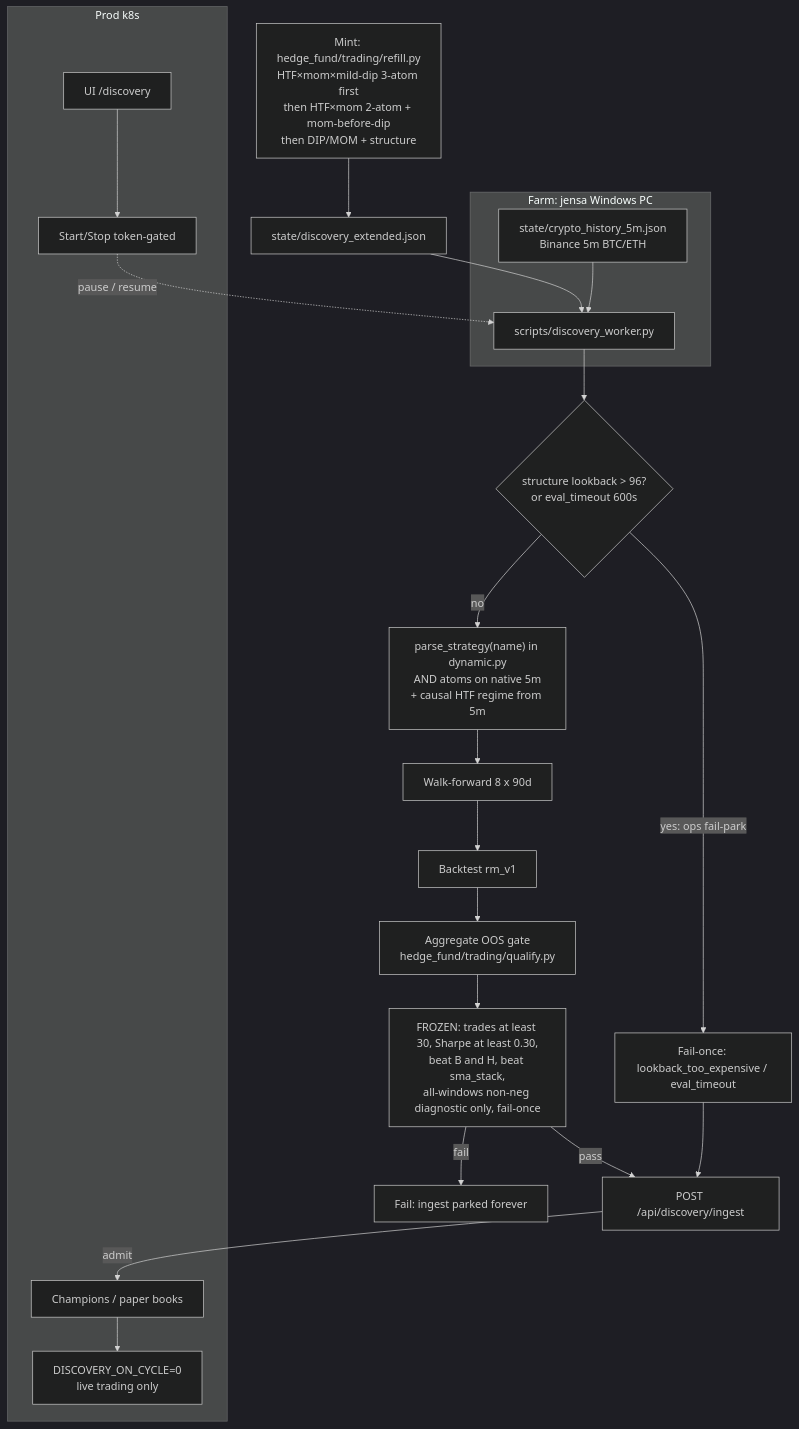
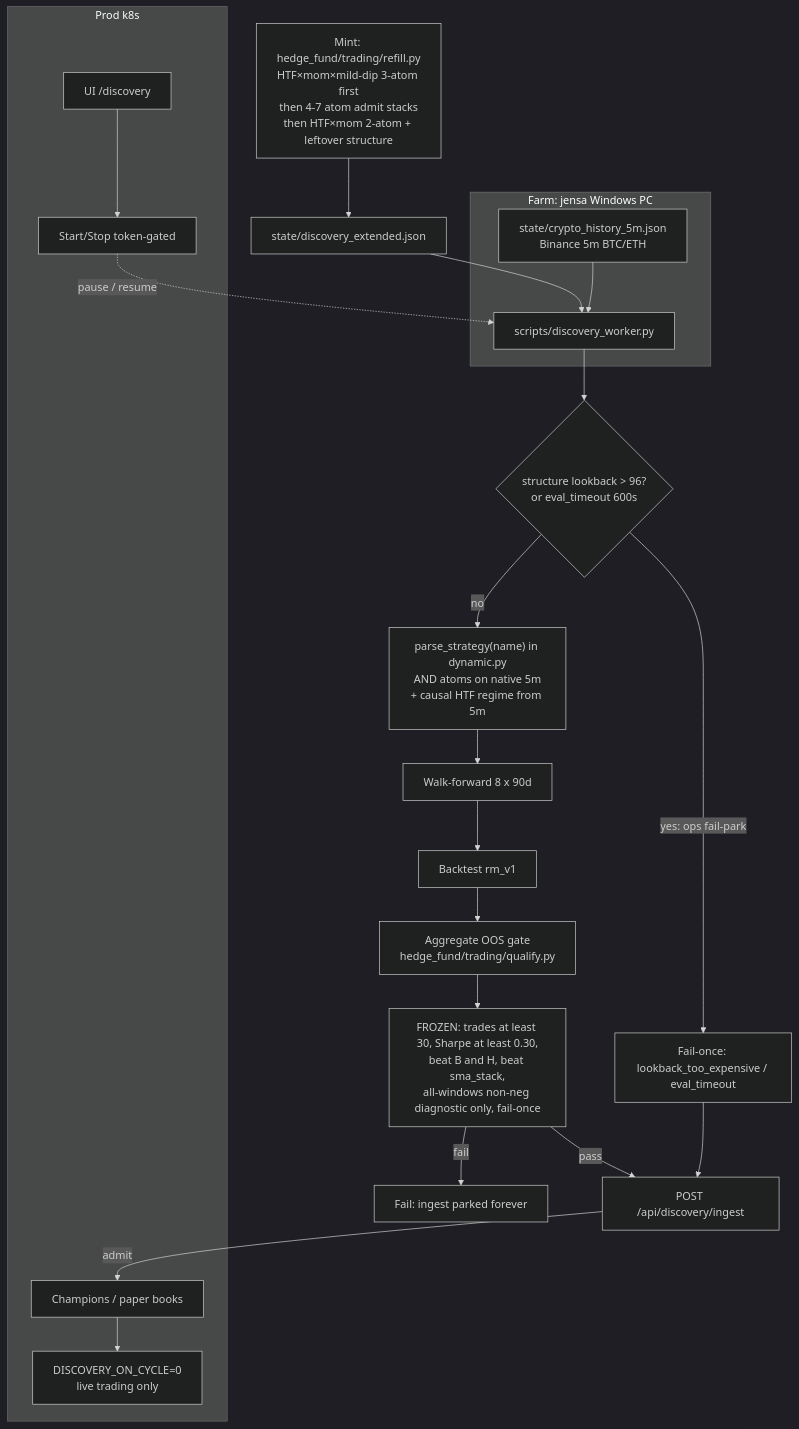
Before and after one commit to Runemark7/paper-trading-bot: the first of 3 diagrams in docs/WORKFLOW.md, drawn with Mermaid (dark theme). The commit also changed other lines of this file and 7 other files, not shown here.

First line of the commit message:
feat(discovery): mint 4-7 atom admit stacks (#60)

````diff
--- a/docs/WORKFLOW.md
+++ b/docs/WORKFLOW.md
@@ -50,42 +50,42 @@
 ```mermaid
 flowchart TB
-  recipe["Mint: hedge_fund/trading/refill.py\nHTF×mom×mild-dip 3-atom first\nthen HTF×mom 2-atom + mom-before-dip\nthen DIP/MOM + structure"]
+  recipe["Mint: hedge_fund/trading/refill.py\nHTF×mom×mild-dip 3-atom first\nthen 4-7 atom admit stacks\nthen HTF×mom 2-atom + leftover structure"]
   ext["state/discovery_extended.json"]
   recipe --> ext
 
   subgraph farm [Farm: jensa Windows PC]
     worker["scripts/discovery_worker.py"]
     hist["state/crypto_history_5m.json\nBinance 5m BTC/ETH"]
   end
   ext --> worker
   hist --> worker
 
   guard{"structure lookback > 96?\nor eval_timeout 600s"}
   parse["parse_strategy(name) in dynamic.py\nAND atoms on native 5m\n+ causal HTF regime from 5m"]
   wf["Walk-forward 8 x 90d"]
   bt["Backtest rm_v1"]
   gate["Aggregate OOS gate\nhedge_fund/trading/qualify.py"]
   worker --> guard
   guard -->|"yes: ops fail-park"| parkOps["Fail-once: lookback_too_expensive / eval_timeout"]
   guard -->|no| parse --> wf --> bt --> gate
 
   frozen["FROZEN: trades at least 30, Sharpe at least 0.30,\nbeat B and H, beat sma_stack,\nall-windows non-neg diagnostic only, fail-once"]
   gate --> frozen
 
   ingest["POST /api/discovery/ingest"]
   park["Fail: ingest parked forever"]
   frozen -->|"pass"| ingest
   frozen -->|"fail"| park
   parkOps --> ingest
 
   subgraph prod [Prod k8s]
     champs["Champions / paper books"]
     live["DISCOVERY_ON_CYCLE=0\nlive trading only"]
     ui["UI /discovery"]
     ctl["Start/Stop token-gated"]
   end
   ingest -->|"admit"| champs
   champs --> live
   ui --> ctl
   ctl -.->|"pause / resume"| worker
 ```
````
